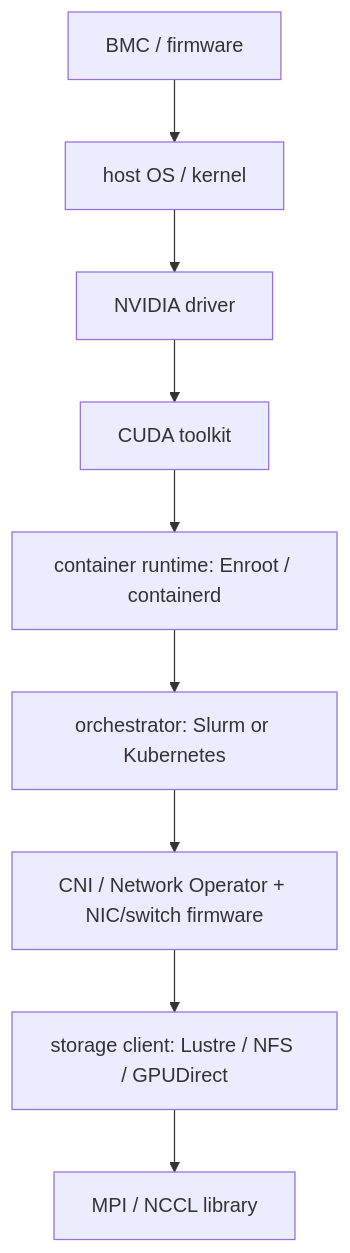
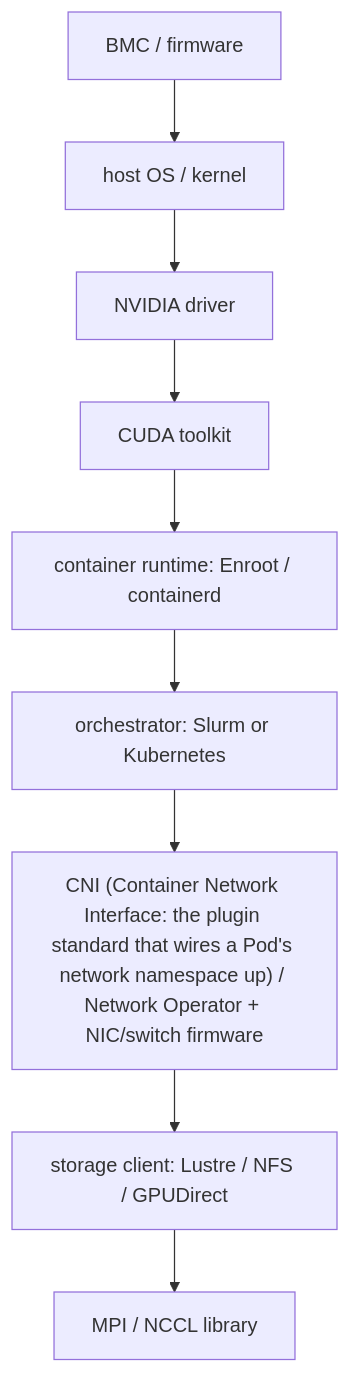
The second of 2 diagrams in docs/volume-10/10-coordinated-cluster-wide-software-change-management.md (jithinpnjm/nvidia-devops), drawn with Mermaid before and after one commit. The commit also changed other lines of this file and 3 other files, not shown here.

````diff
--- a/docs/volume-10/10-coordinated-cluster-wide-software-change-management.md
+++ b/docs/volume-10/10-coordinated-cluster-wide-software-change-management.md
@@ -42,7 +42,7 @@
 ```mermaid
 flowchart TD
   BMC["BMC / firmware"] --> OS["host OS / kernel"] --> Driver["NVIDIA driver"] --> CUDA["CUDA toolkit"]
   CUDA --> Runtime["container runtime: Enroot / containerd"] --> Scheduler["orchestrator: Slurm or Kubernetes"]
-  Scheduler --> Network["CNI / Network Operator + NIC/switch firmware"]
+  Scheduler --> Network["CNI (Container Network Interface: the plugin standard that wires a Pod's network namespace up) / Network Operator + NIC/switch firmware"]
   Network --> Storage["storage client: Lustre / NFS / GPUDirect"] --> Libraries["MPI / NCCL library"]
 ```
````
